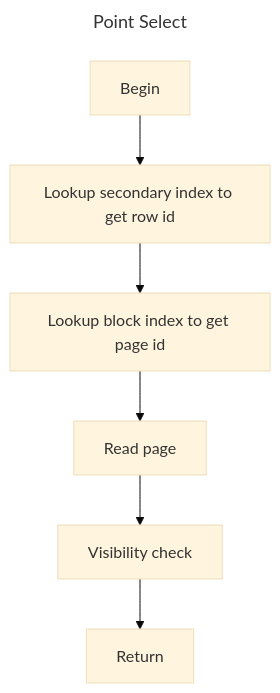
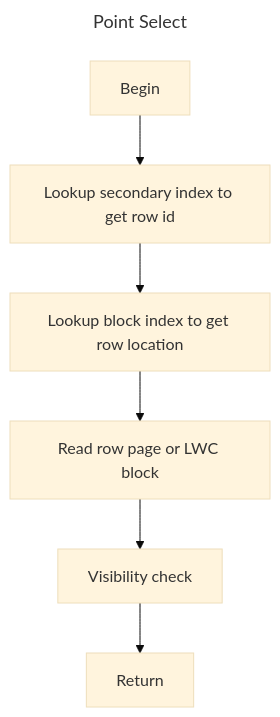
Before and after one commit to jiangzhe/doradb: the first of 6 diagrams in docs/architecture.md, drawn with Mermaid (base theme). The commit also changed other lines of this file and 15 other files, not shown here.

````diff
--- a/docs/architecture.md
+++ b/docs/architecture.md
@@ -122,12 +137,12 @@
 ```mermaid
 ---
 title: Point Select
 ---
 flowchart TD
     A[Begin]
     A --> B[Lookup secondary index to get row id]
-    B --> C[Lookup block index to get page id]
-    C --> D[Read page]
+    B --> C[Lookup block index to get row location]
+    C --> D[Read row page or LWC block]
     D --> E[Visibility check]
     E --> F[Return]
 ```
````
